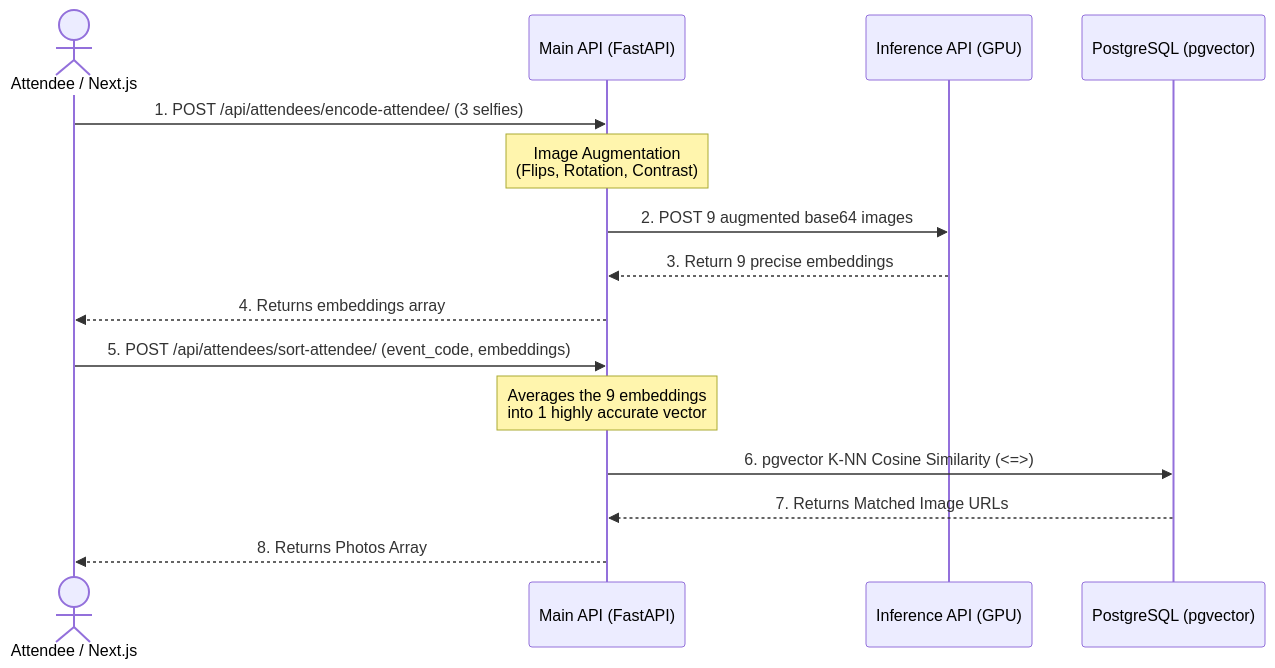
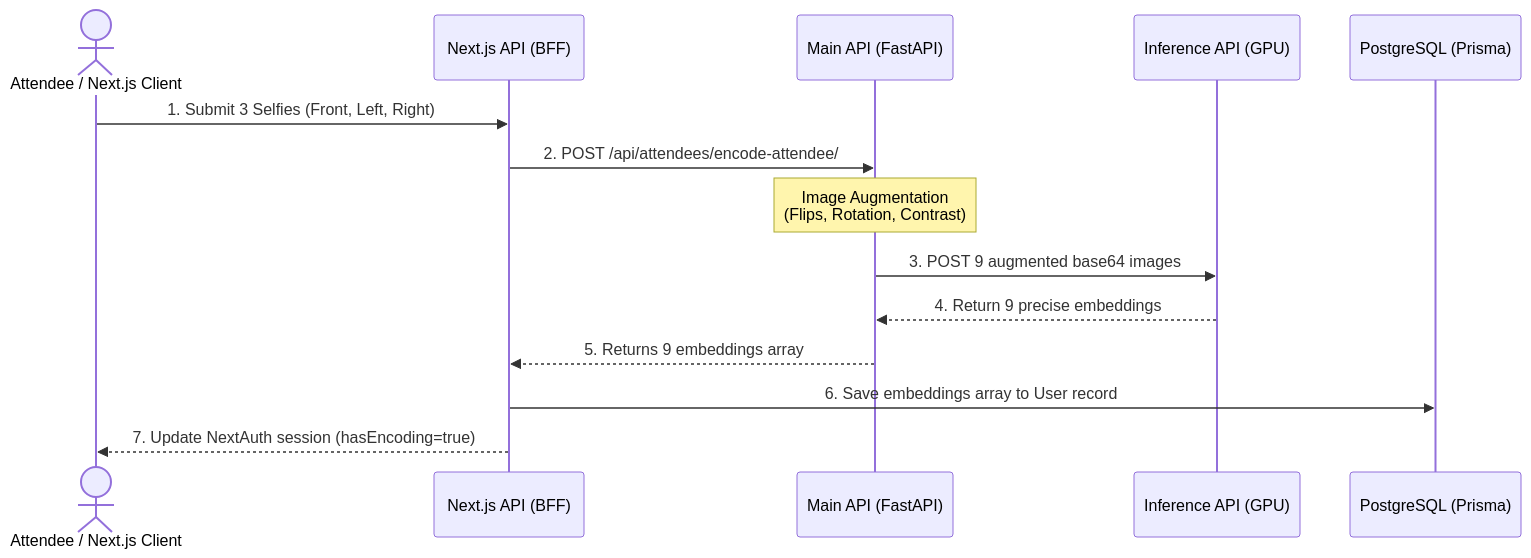
The second of 5 diagrams in workflows.md (Avneesh11905/EventSnapAPI), drawn with Mermaid before and after one commit. The commit also changed other lines of this file and 12 other files, not shown here.

````diff
--- a/workflows.md
+++ b/workflows.md
@@ -46,20 +59,18 @@
 ```mermaid
 sequenceDiagram
+    actor Attendee as Attendee / Next.js Client
+    participant NextAPI as Next.js API (BFF)
+    participant FastAPI as Main API (FastAPI)
+    participant GPU as Inference API (GPU)
+    participant Prisma as PostgreSQL (Prisma)
 
-actor Attendee as Attendee / Next.js
-participant API as Main API (FastAPI)
-participant GPU as Inference API (GPU)
-participant DB as PostgreSQL (pgvector)
+    Attendee->>NextAPI: 1. Submit 3 Selfies (Front, Left, Right)
+    NextAPI->>FastAPI: 2. POST /api/attendees/encode-attendee/
+    Note over FastAPI: Image Augmentation<br/>(Flips, Rotation, Contrast)
+    FastAPI->>GPU: 3. POST 9 augmented base64 images
+    GPU-->>FastAPI: 4. Return 9 precise embeddings
+    FastAPI-->>NextAPI: 5. Returns 9 embeddings array
 
-Attendee->>API: 1. POST /api/attendees/encode-attendee/ (3 selfies)
-Note over API: Image Augmentation<br/>(Flips, Rotation, Contrast)
-API->>GPU: 2. POST 9 augmented base64 images
-GPU-->>API: 3. Return 9 precise embeddings
-API-->>Attendee: 4. Returns embeddings array
-
-Attendee->>API: 5. POST /api/attendees/sort-attendee/ (event_code, embeddings)
-Note over API: Averages the 9 embeddings<br/>into 1 highly accurate vector
-API->>DB: 6. pgvector K-NN Cosine Similarity (<=>)
-DB-->>API: 7. Returns Matched Image URLs
-API-->>Attendee: 8. Returns Photos Array
+    NextAPI->>Prisma: 6. Save embeddings array to User record
+    NextAPI-->>Attendee: 7. Update NextAuth session (hasEncoding=true)
 ```
````
